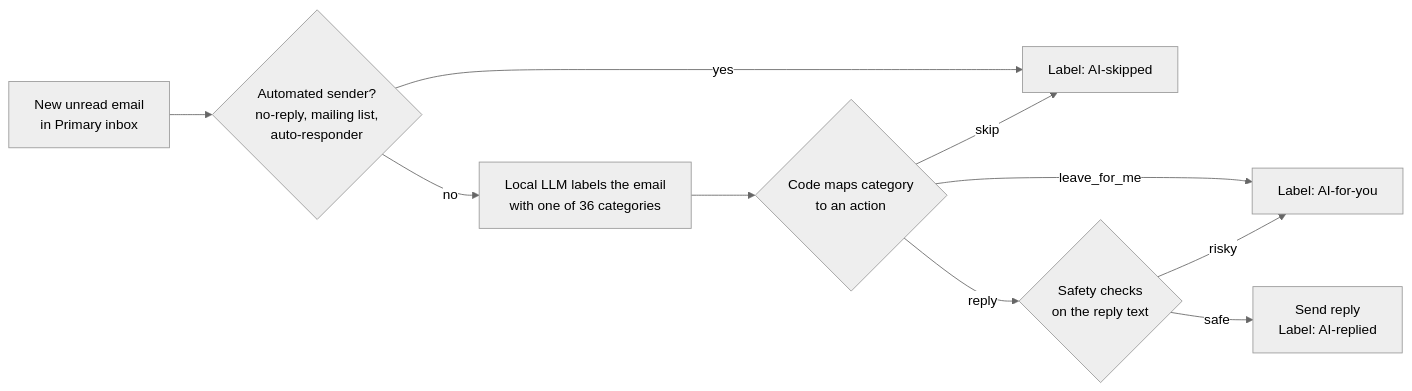
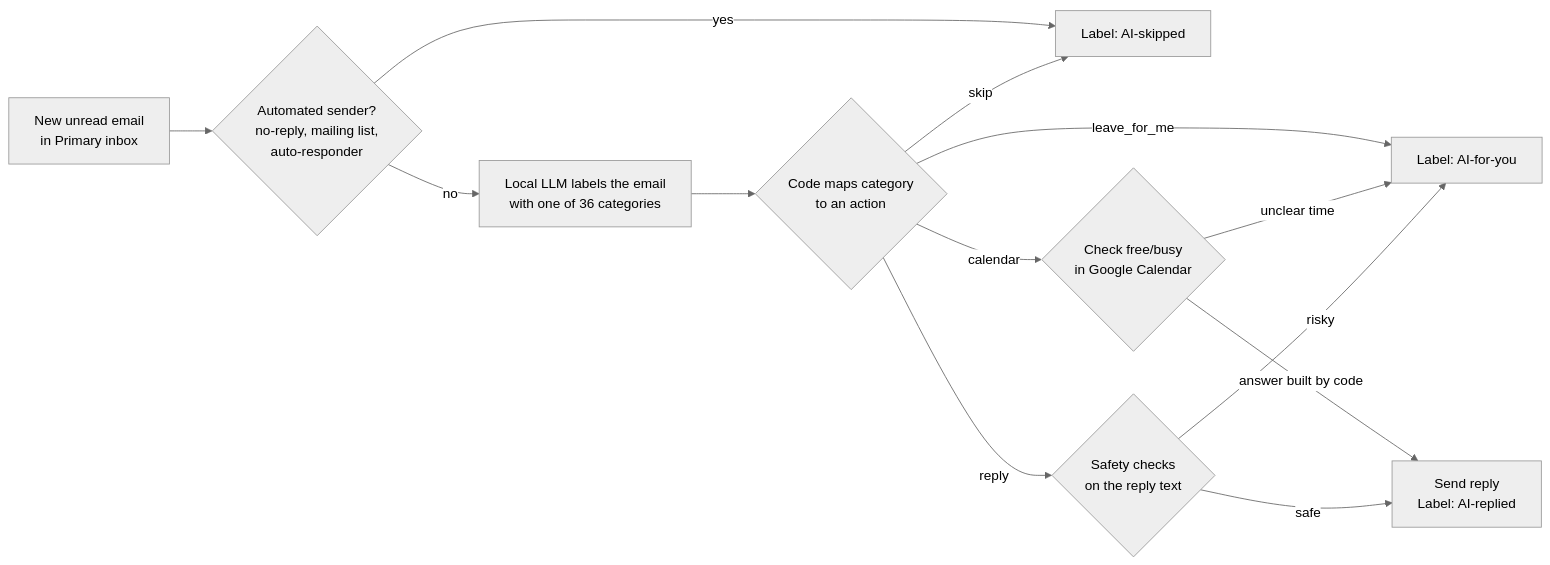
The diagram in README.md (saifulislamrumi/auto_reply), drawn with Mermaid (neutral theme) before and after one commit. The commit also changed other lines of this file and 2 other files, not shown here.

Commit message:
Answer meeting requests from Google Calendar free/busy times

````diff
--- a/README.md
+++ b/README.md
@@ -11,12 +12,15 @@
 ```mermaid
 flowchart LR
     A[New unread email<br/>in Primary inbox] --> B{Automated sender?<br/>no-reply, mailing list,<br/>auto-responder}
     B -- yes --> S[Label: AI-skipped]
     B -- no --> C[Local LLM labels the email<br/>with one of 36 categories]
     C --> D{Code maps category<br/>to an action}
     D -- skip --> S
     D -- leave_for_me --> F[Label: AI-for-you]
+    D -- calendar --> K{Check free/busy<br/>in Google Calendar}
+    K -- unclear time --> F
+    K -- answer built by code --> R
     D -- reply --> G{Safety checks<br/>on the reply text}
     G -- risky --> F
     G -- safe --> R[Send reply<br/>Label: AI-replied]
 ```
````
